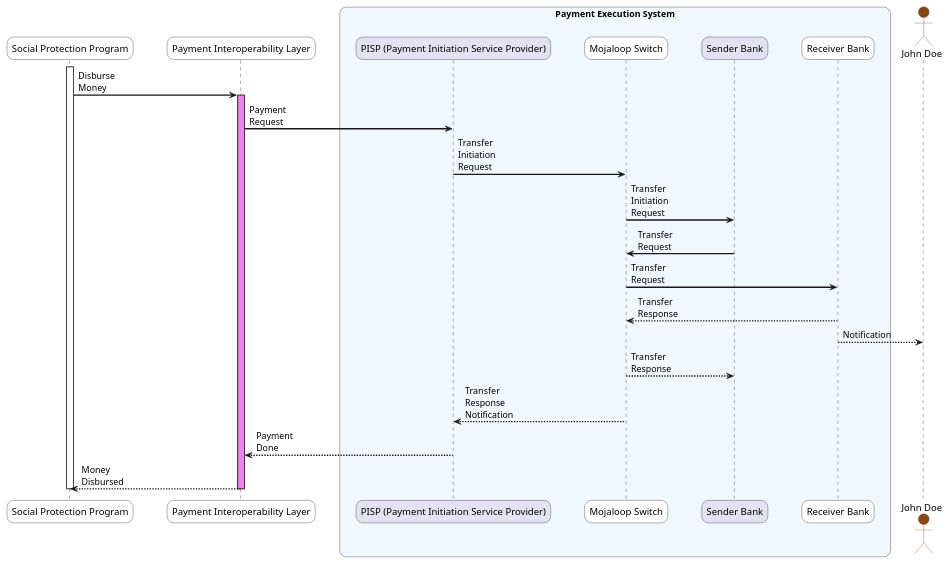
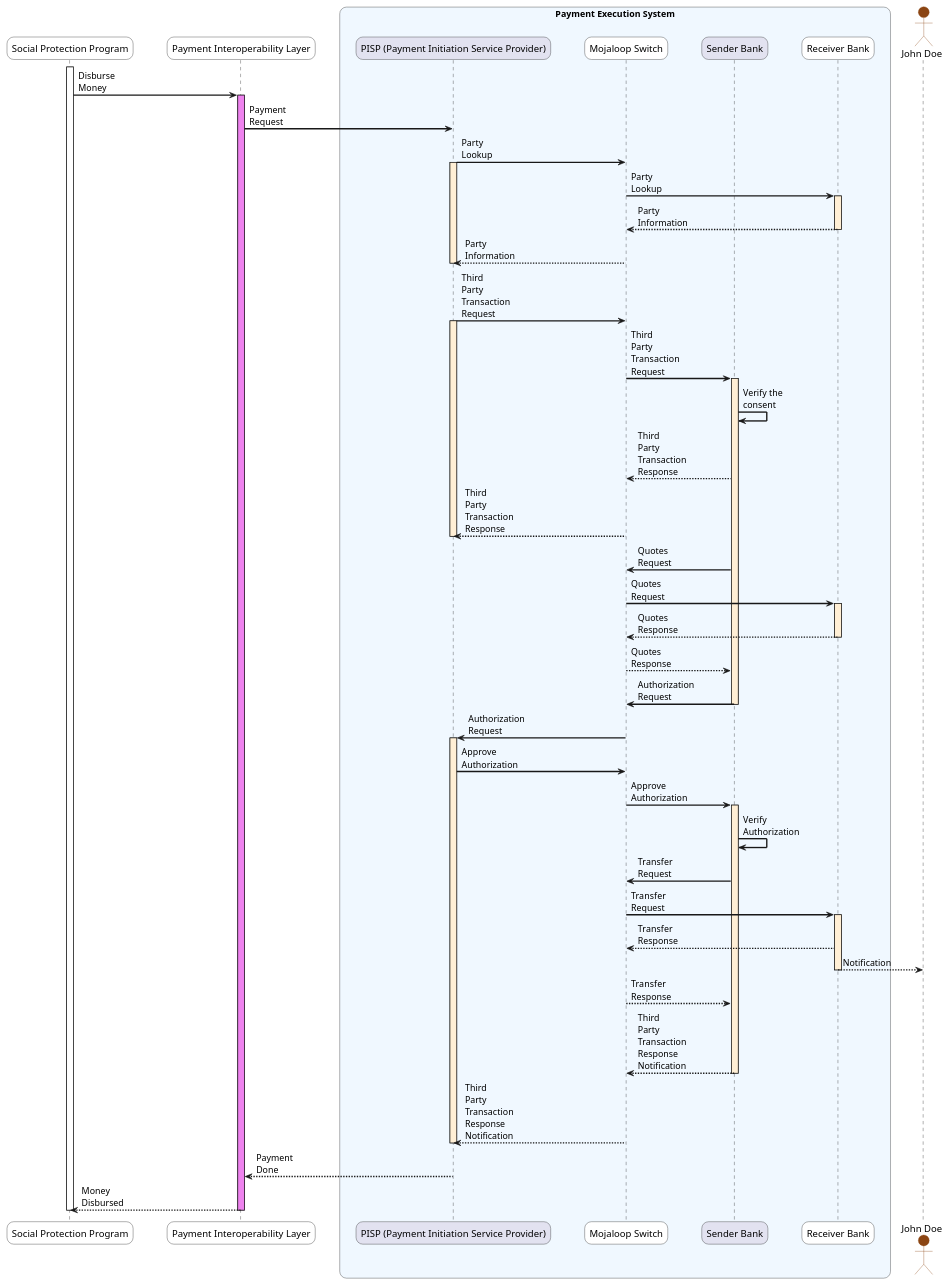
Before and after one commit to spdci/payments-interoperability-layer: the second of 2 diagrams in docs/documentation/Sequence Diagrams.md, drawn with PlantUML. The commit also changed other lines of this file, not shown here.

Commit message:
fix: updated the sequence diagrams

```diff
--- a/docs/documentation/Sequence Diagrams.md
+++ b/docs/documentation/Sequence Diagrams.md
@@ -84,19 +101,54 @@
 
 SPP -> PIL: Disburse Money
 activate PIL #violet
+PIL -> PISP: Payment Request
 
-PIL -> PISP: Payment Request
-PISP -> ML: Transfer Initiation Request
-ML -> PayerFSP: Transfer Initiation Request
+PISP -> ML: Party Lookup
+activate PISP #PapayaWhip
+ML -> PayeeFSP: Party Lookup
+activate PayeeFSP #PapayaWhip
+PayeeFSP --> ML: Party Information
+deactivate PayeeFSP
+ML --> PISP: Party Information
+deactivate PISP
+
+PISP -> ML: Third Party Transaction Request
+activate PISP #PapayaWhip
+ML -> PayerFSP: Third Party Transaction Request
+activate PayerFSP #PapayaWhip
+PayerFSP -> PayerFSP: Verify the consent
+PayerFSP --> ML: Third Party Transaction Response
+
+ML --> PISP: Third Party Transaction Response
+deactivate PISP
+
+PayerFSP -> ML: Quotes Request
+ML -> PayeeFSP: Quotes Request
+activate PayeeFSP #PapayaWhip
+PayeeFSP --> ML: Quotes Response
+deactivate PayeeFSP
+ML --> PayerFSP: Quotes Response
+PayerFSP -> ML: Authorization Request
+deactivate PayerFSP
+ML -> PISP: Authorization Request
+activate PISP #PapayaWhip
+
+PISP -> ML: Approve Authorization
+ML -> PayerFSP: Approve Authorization
+activate PayerFSP #PapayaWhip
+PayerFSP -> PayerFSP: Verify Authorization
 
 PayerFSP -> ML: Transfer Request
 ML -> PayeeFSP: Transfer Request
-
+activate PayeeFSP #PapayaWhip
 PayeeFSP --> ML: Transfer Response
 PayeeFSP --> User: Notification
+deactivate PayeeFSP
 ML --> PayerFSP: Transfer Response
-
-ML --> PISP: Transfer Response Notification
+PayerFSP --> ML: Third Party Transaction Response Notification
+deactivate PayerFSP
+ML --> PISP: Third Party Transaction Response Notification
+deactivate PISP
 
 PISP --> PIL: Payment Done
 PIL --> SPP: Money Disbursed
```
